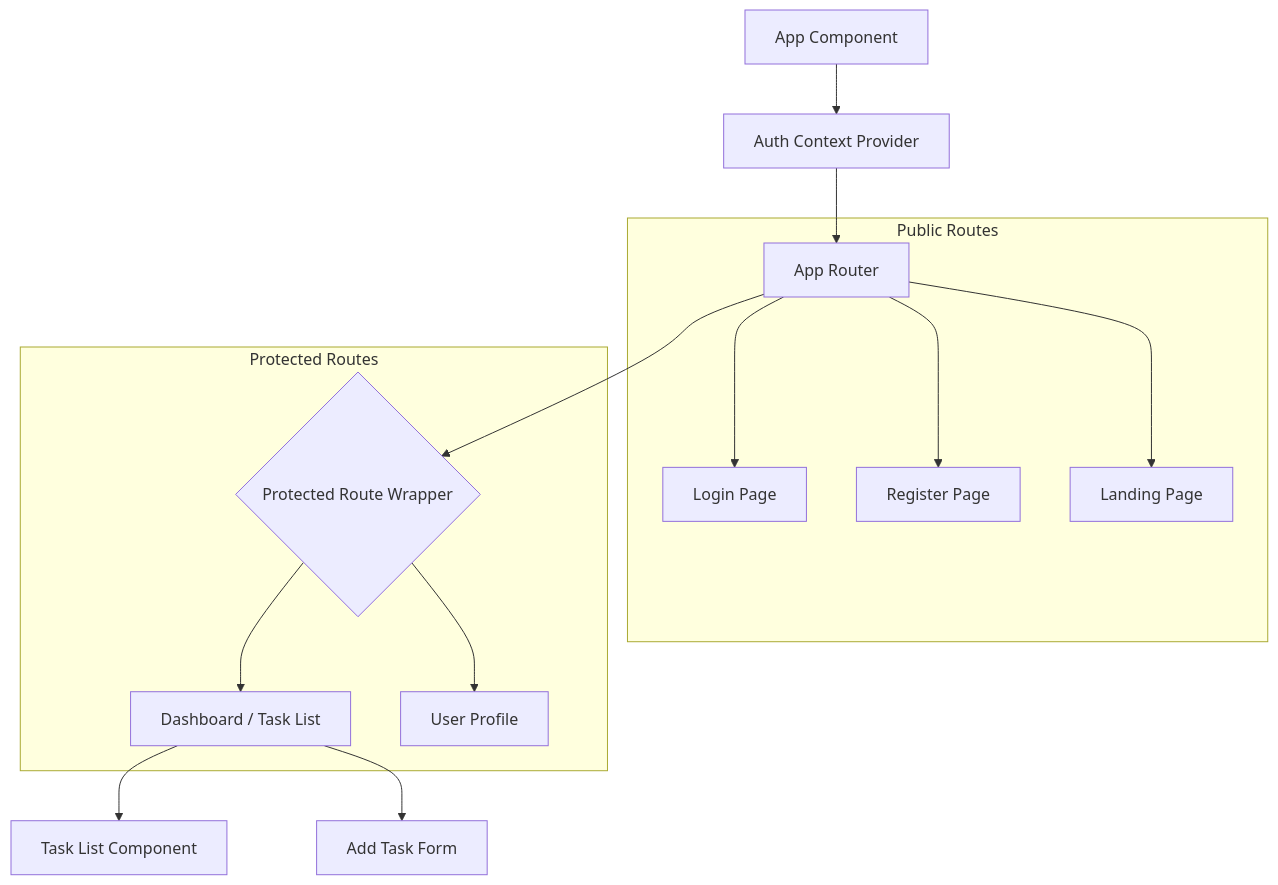
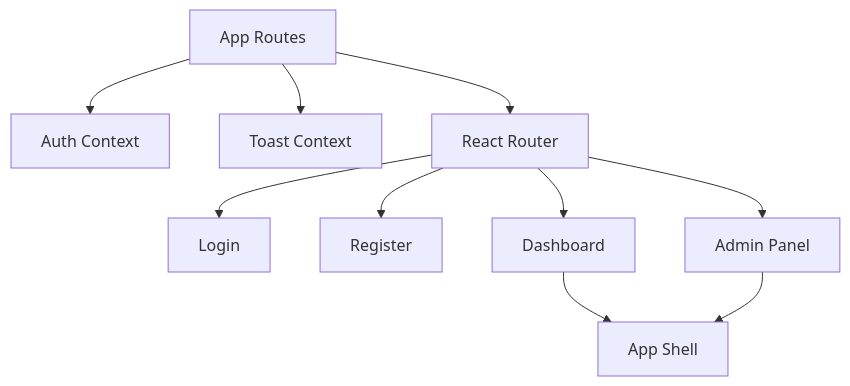
Before and after one commit to HackyCoder0951/authdb: the first of 2 diagrams in docs/Front-End.md, drawn with Mermaid. The commit also changed other lines of this file and 3 other files, not shown here.

Commit message:
feat: update documentation for system architecture and backend services

````diff
--- a/docs/Front-End.md
+++ b/docs/Front-End.md
@@ -18,20 +15,14 @@
 ```mermaid
 graph TD
-    App[App Component] --> AuthProvider[Auth Context Provider]
-    AuthProvider --> Router[App Router]
-    
-    subgraph "Public Routes"
-        Router --> Login[Login Page]
-        Router --> Register[Register Page]
-        Router --> Landing[Landing Page]
-    end
-    
-    subgraph "Protected Routes"
-        Router --> Protected{Protected Route Wrapper}
-        Protected --> Dashboard[Dashboard / Task List]
-        Protected --> Profile[User Profile]
-    end
-    
-    Dashboard --> TaskList[Task List Component]
-    Dashboard --> AddTask[Add Task Form]
+    App[App Routes] --> AuthProvider[Auth Context]
+    App --> ToastProvider[Toast Context]
+    App --> Router[React Router]
+
+    Router --> Login[Login]
+    Router --> Register[Register]
+    Router --> Dashboard[Dashboard]
+    Router --> AdminPanel[Admin Panel]
+
+    Dashboard --> AppShell[App Shell]
+    AdminPanel --> AppShell
 ```
````
